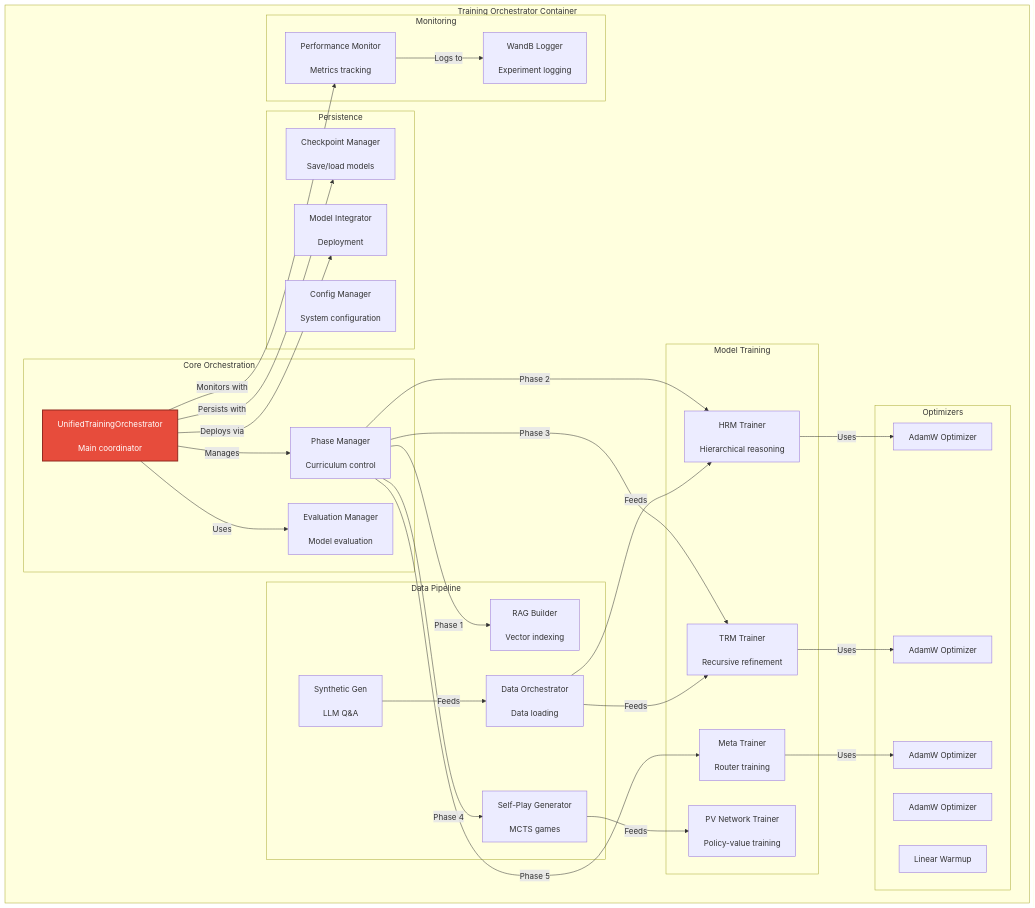
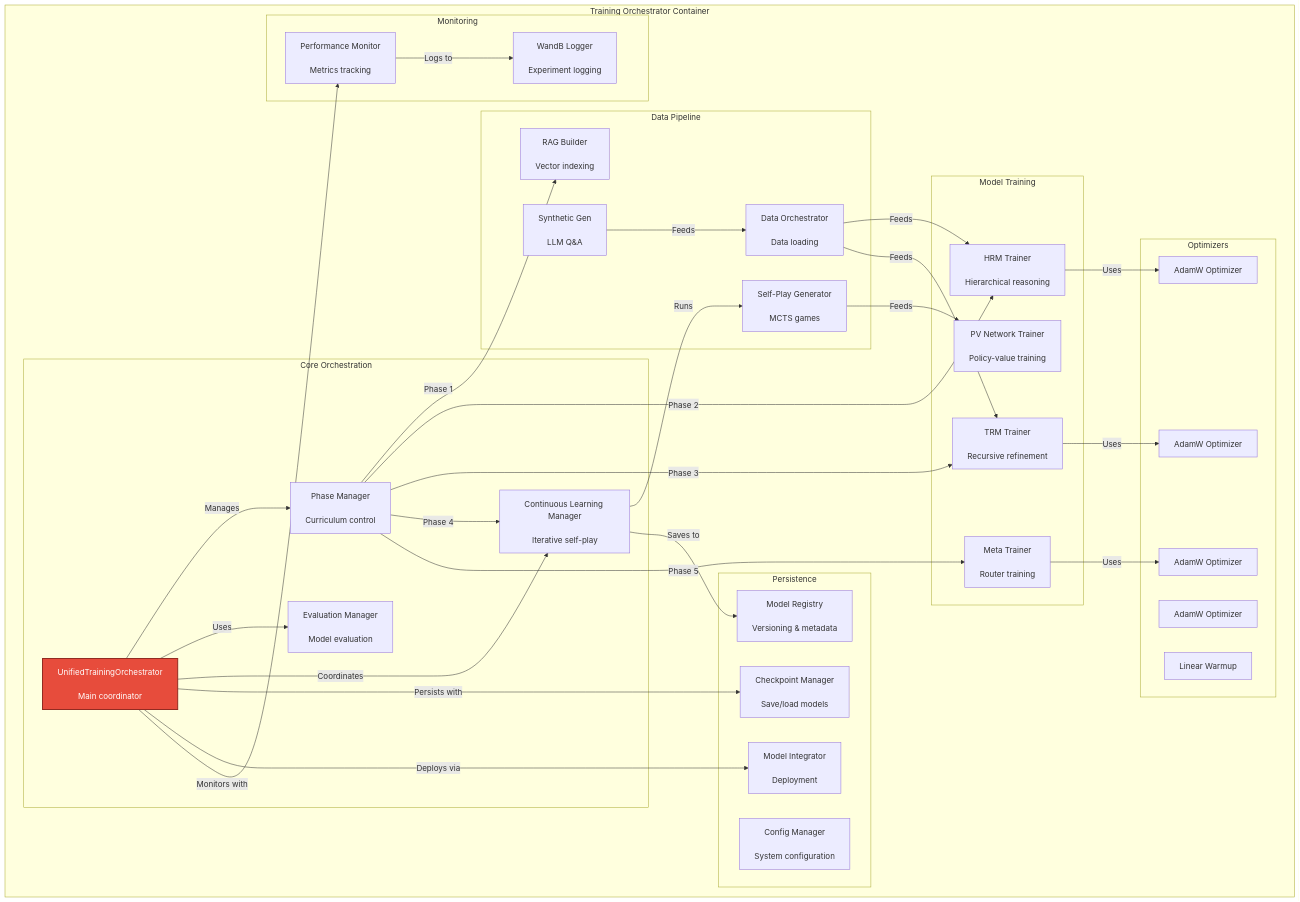
One commit to ianshank/langgraph_multi_agent_mcts changed the third of 5 diagrams in docs/C4_ARCHITECTURE.md. Above: the diagram before and after it, drawn with Mermaid. The commit also changed other lines of this file and 85 other files, not shown here.

First line of the commit message:
feat: add chess domain, continuous learning, and model registry; update docs for v0.3.0 release

````diff
--- a/docs/C4_ARCHITECTURE.md
+++ b/docs/C4_ARCHITECTURE.md
@@ -186,69 +199,75 @@
 ```mermaid
 graph TB
     subgraph "Training Orchestrator Container"
         subgraph "Core Orchestration"
             OrcMain[UnifiedTrainingOrchestrator<br/><br/>Main coordinator]
             PhaseMgr[Phase Manager<br/><br/>Curriculum control]
             EvalMgr[Evaluation Manager<br/><br/>Model evaluation]
+            CLManager[Continuous Learning Manager<br/><br/>Iterative self-play]
         end
 
         subgraph "Model Training"
             PVTrainer[PV Network Trainer<br/><br/>Policy-value training]
             HRMTrainer[HRM Trainer<br/><br/>Hierarchical reasoning]
             TRMTrainer[TRM Trainer<br/><br/>Recursive refinement]
             MetaTrainer[Meta Trainer<br/><br/>Router training]
         end
 
         subgraph "Optimizers"
             PVOptim[AdamW Optimizer]
             HRMOptim[AdamW Optimizer]
             TRMOptim[AdamW Optimizer]
             MetaOptim[AdamW Optimizer]
             LRScheduler[Linear Warmup]
         end
 
         subgraph "Data Pipeline"
             DataOrch[Data Orchestrator<br/><br/>Data loading]
             SelfPlay[Self-Play Generator<br/><br/>MCTS games]
             SyntheticGen[Synthetic Gen<br/><br/>LLM Q&A]
             RAGBuilder[RAG Builder<br/><br/>Vector indexing]
         end
 
         subgraph "Persistence"
             CheckpointMgr[Checkpoint Manager<br/><br/>Save/load models]
             ConfigMgr[Config Manager<br/><br/>System configuration]
             ModelIntegrator[Model Integrator<br/><br/>Deployment]
+            Registry[Model Registry<br/><br/>Versioning & metadata]
         end
 
         subgraph "Monitoring"
             PerfMon[Performance Monitor<br/><br/>Metrics tracking]
             WandBLogger[WandB Logger<br/><br/>Experiment logging]
         end
     end
 
     OrcMain -->|Manages| PhaseMgr
     OrcMain -->|Uses| EvalMgr
+    OrcMain -->|Coordinates| CLManager
 
     PhaseMgr -->|Phase 1| RAGBuilder
     PhaseMgr -->|Phase 2| HRMTrainer
     PhaseMgr -->|Phase 3| TRMTrainer
-    PhaseMgr -->|Phase 4| SelfPlay
+    PhaseMgr -->|Phase 4| CLManager
     PhaseMgr -->|Phase 5| MetaTrainer
+
+    CLManager -->|Runs| SelfPlay
+    CLManager -->|Saves to| Registry
 
     SelfPlay -->|Feeds| PVTrainer
     DataOrch -->|Feeds| HRMTrainer
     DataOrch -->|Feeds| TRMTrainer
     SyntheticGen -->|Feeds| DataOrch
 
     HRMTrainer -->|Uses| HRMOptim
     TRMTrainer -->|Uses| TRMOptim
     MetaTrainer -->|Uses| MetaOptim
 
     OrcMain -->|Persists with| CheckpointMgr
     OrcMain -->|Deploys via| ModelIntegrator
     
     OrcMain -->|Monitors with| PerfMon
     PerfMon -->|Logs to| WandBLogger
 
     style OrcMain fill:#E74C3C,stroke:#922B21,stroke-width:2px,color:#fff
 ```
````
